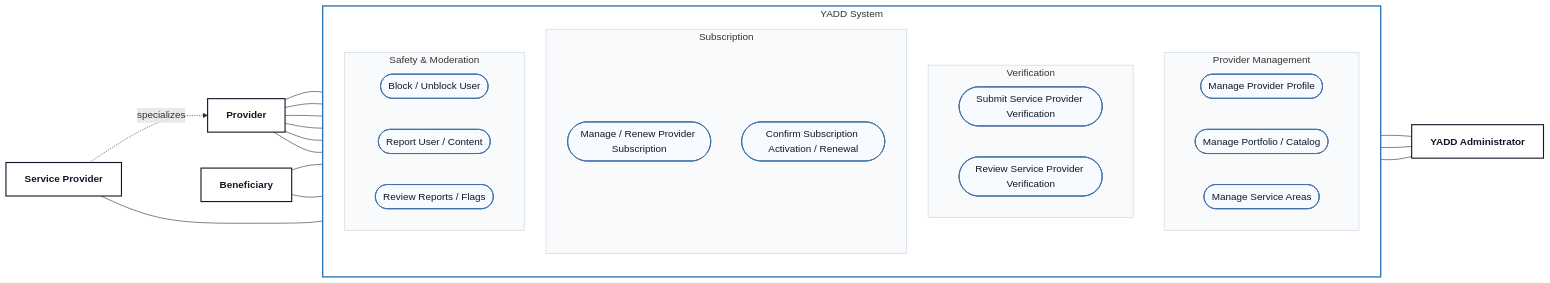
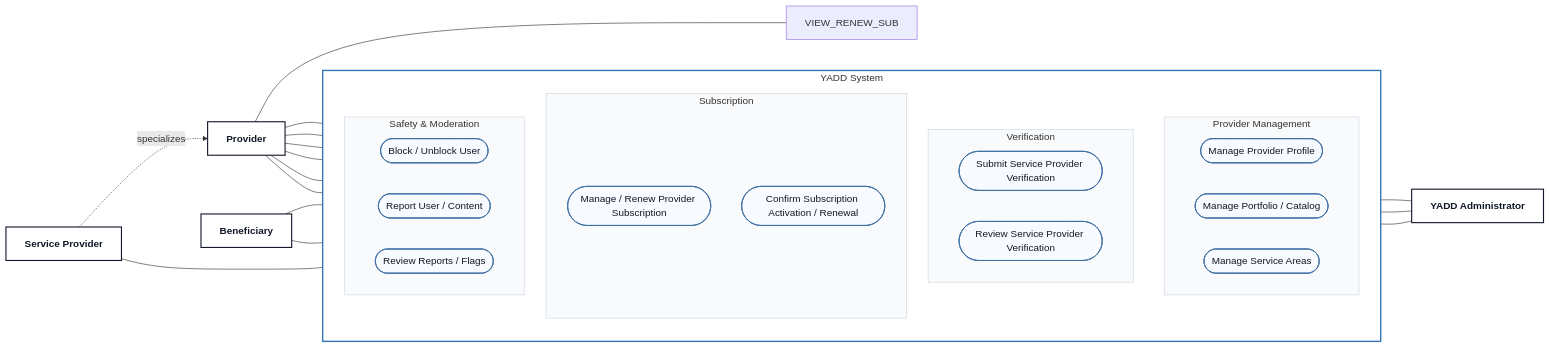
The diagram in diagrams/03-analysis/uml/use-case/04-provider-management-verification-safety.md (Yadd-SanaaUniversityGraduationProject/yadd), drawn with Mermaid before and after one commit. The commit also changed other lines of this file, not shown here.

Commit message:
Synchronize provider-management use case with provider/admin subscription responsibilities

````diff
--- a/diagrams/03-analysis/uml/use-case/04-provider-management-verification-safety.md
+++ b/diagrams/03-analysis/uml/use-case/04-provider-management-verification-safety.md
@@ -17,62 +17,63 @@
 ```mermaid
 flowchart LR
     P["Provider"]:::actor
     SP["Service Provider"]:::actor
 
     subgraph SYS["YADD System"]
         direction TB
 
         subgraph PROFILE["Provider Management"]
             direction LR
             MANAGE_PROFILE(["Manage Provider Profile"]):::usecase
             MANAGE_SHOWCASE(["Manage Portfolio / Catalog"]):::usecase
             MANAGE_AREAS(["Manage Service Areas"]):::usecase
         end
 
         subgraph VERIFY["Verification"]
             direction LR
             SUBMIT_VERIFICATION(["Submit Service Provider Verification"]):::usecase
             REVIEW_VERIFICATION(["Review Service Provider Verification"]):::usecase
         end
 
         subgraph SUBSCRIPTION["Subscription"]
             MANAGE_SUBSCRIPTION(["Manage / Renew Provider Subscription"]):::usecase
             CONFIRM_SUBSCRIPTION(["Confirm Subscription Activation / Renewal"]):::usecase
         end
 
         subgraph SAFETY["Safety & Moderation"]
             direction LR
             BLOCK(["Block / Unblock User"]):::usecase
             REPORT(["Report User / Content"]):::usecase
             REVIEW_REPORTS(["Review Reports / Flags"]):::usecase
         end
     end
 
     B["Beneficiary"]:::actor
     A["YADD Administrator"]:::actor
 
     P --- MANAGE_PROFILE
     P --- MANAGE_SHOWCASE
     P --- MANAGE_AREAS
     SP --- SUBMIT_VERIFICATION
     P --- MANAGE_SUBSCRIPTION
     P --- BLOCK
     P --- REPORT
+    P --- VIEW_RENEW_SUB
     SP -. specializes .-> P
 
     B --- BLOCK
     B --- REPORT
 
     REVIEW_VERIFICATION --- A
     CONFIRM_SUBSCRIPTION --- A
     REVIEW_REPORTS --- A
 
     classDef actor fill:#FFFFFF,stroke:#111827,stroke-width:1.8px,color:#111827,font-weight:bold;
     classDef usecase fill:#F7FBFF,stroke:#3F6FA5,stroke-width:1.4px,color:#111827;
 
     style SYS fill:#FFFFFF,stroke:#2F75B5,stroke-width:2.2px
     style PROFILE fill:#F9FAFB,stroke:#CBD5E1,stroke-width:1px
     style VERIFY fill:#F9FAFB,stroke:#CBD5E1,stroke-width:1px
     style SUBSCRIPTION fill:#F9FAFB,stroke:#CBD5E1,stroke-width:1px
     style SAFETY fill:#F9FAFB,stroke:#CBD5E1,stroke-width:1px
 ```
````
